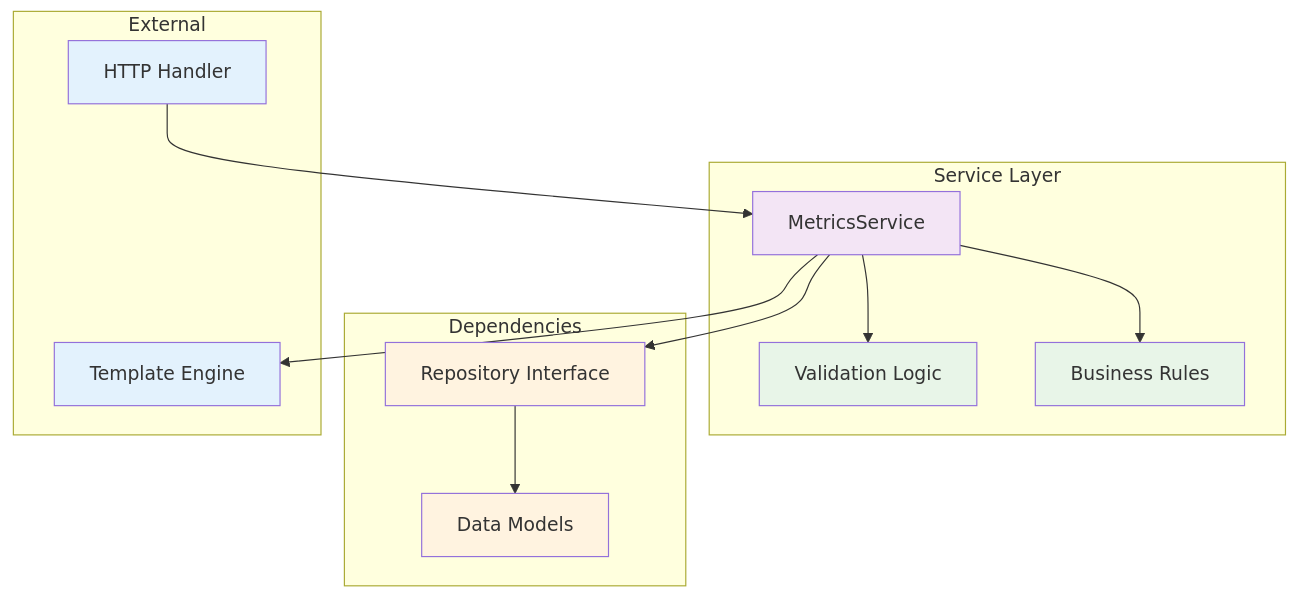
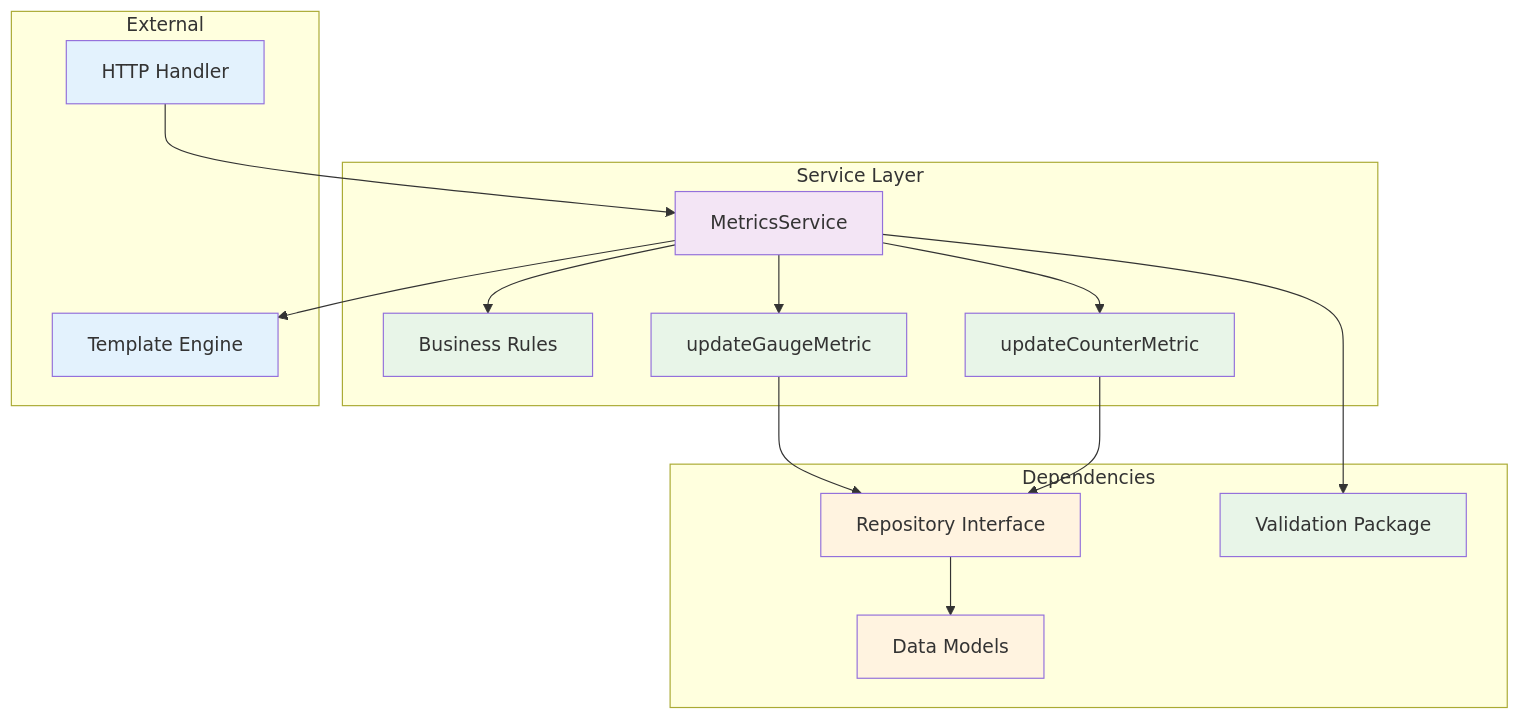
Before and after one commit to IgorKilipenko/metrical: the first of 2 diagrams in internal/service/README.md, drawn with Mermaid. The commit also changed other lines of this file and 1 other file, not shown here.

Commit message:
docs: update README for HTTP handler and service validation integration

````diff
--- a/internal/service/README.md
+++ b/internal/service/README.md
@@ -26,33 +27,40 @@
 ```mermaid
 graph TB
     subgraph "Service Layer"
         MS[MetricsService]
-        VAL[Validation Logic]
         BL[Business Rules]
+        Gauge[updateGaugeMetric]
+        Counter[updateCounterMetric]
     end
     
     subgraph "Dependencies"
         REPO[Repository Interface]
+        VAL[Validation Package]
         MODEL[Data Models]
     end
     
     subgraph "External"
         HANDLER[HTTP Handler]
         TEMPLATE[Template Engine]
     end
     
     HANDLER --> MS
     MS --> VAL
     MS --> BL
-    MS --> REPO
+    MS --> Gauge
+    MS --> Counter
+    Gauge --> REPO
+    Counter --> REPO
     REPO --> MODEL
     MS --> TEMPLATE
     
     style MS fill:#f3e5f5
+    style BL fill:#e8f5e8
+    style Gauge fill:#e8f5e8
+    style Counter fill:#e8f5e8
+    style REPO fill:#fff3e0
     style VAL fill:#e8f5e8
-    style BL fill:#e8f5e8
-    style REPO fill:#fff3e0
     style MODEL fill:#fff3e0
     style HANDLER fill:#e3f2fd
     style TEMPLATE fill:#e3f2fd
 ```
````
